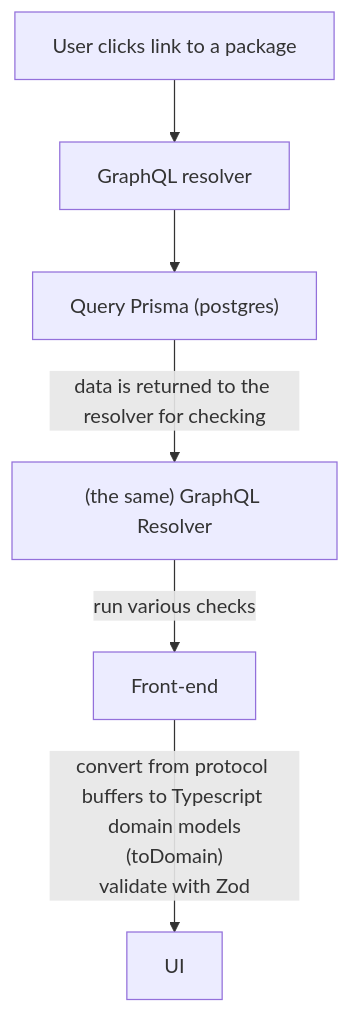
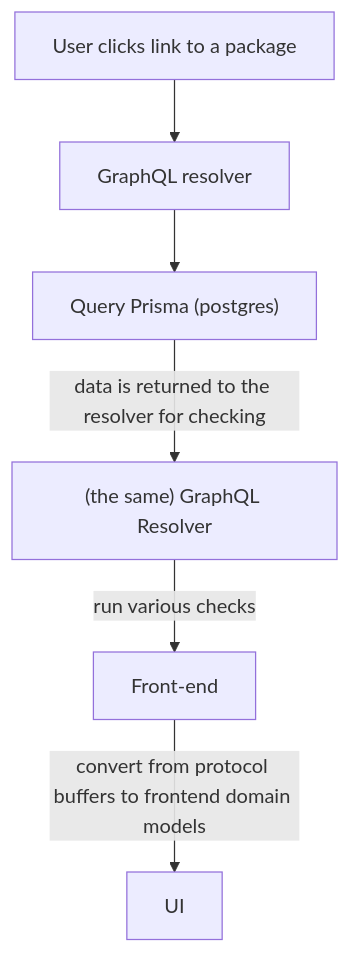
Before and after one commit to Enterprise-CMCS/managed-care-review: the second of 2 diagrams in docs/technical-design/form-data-flow.md, drawn with Mermaid.

````diff
--- a/docs/technical-design/form-data-flow.md
+++ b/docs/technical-design/form-data-flow.md
@@ -17,8 +17,8 @@
 ```mermaid
 graph TD
     A["User clicks link to a package"] -->B["GraphQL resolver"]
     B --> C["Query Prisma (postgres)"]
     C -->|"data is returned to the resolver for checking" | D["(the same) GraphQL Resolver"]
     D -->|"run various checks"| E["Front-end"]
-    E -->|"convert from protocol buffers to Typescript domain models<br />(toDomain)<br />validate with Zod"| F["UI"]
+    E -->|"convert from protocol buffers to frontend domain models"| F["UI"]
 ```
````
